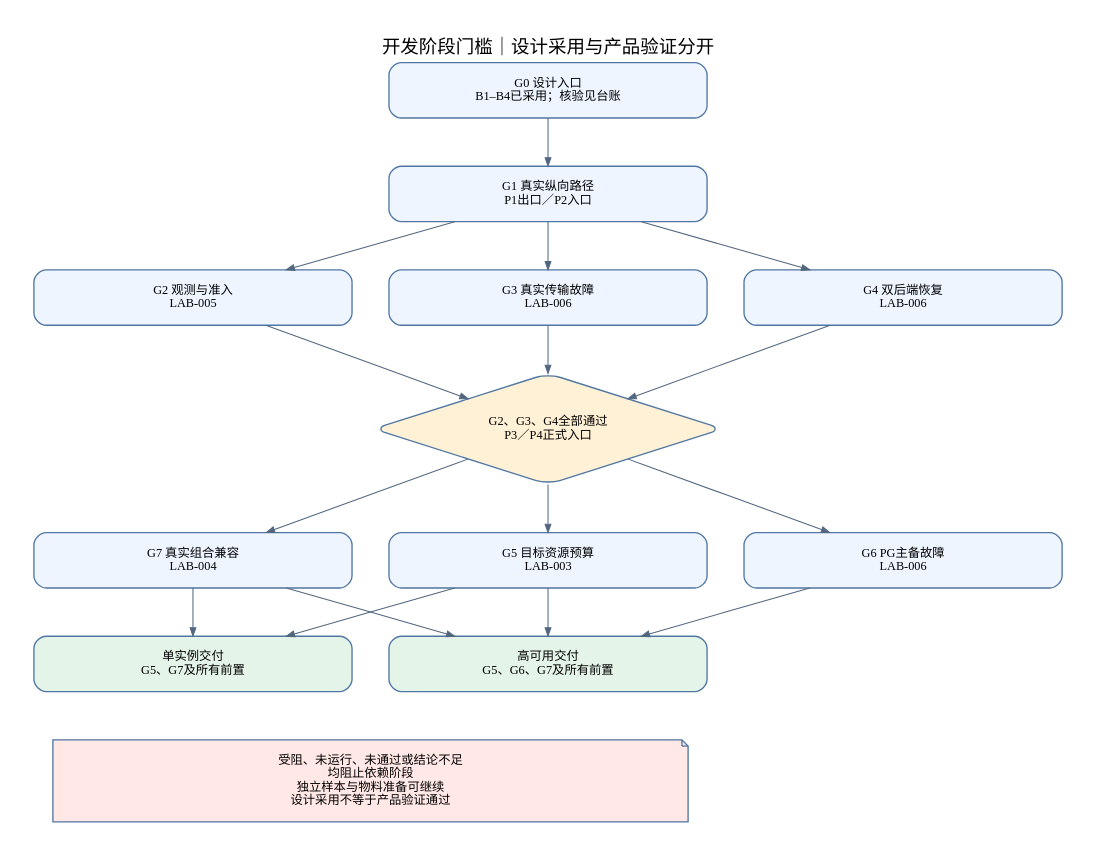
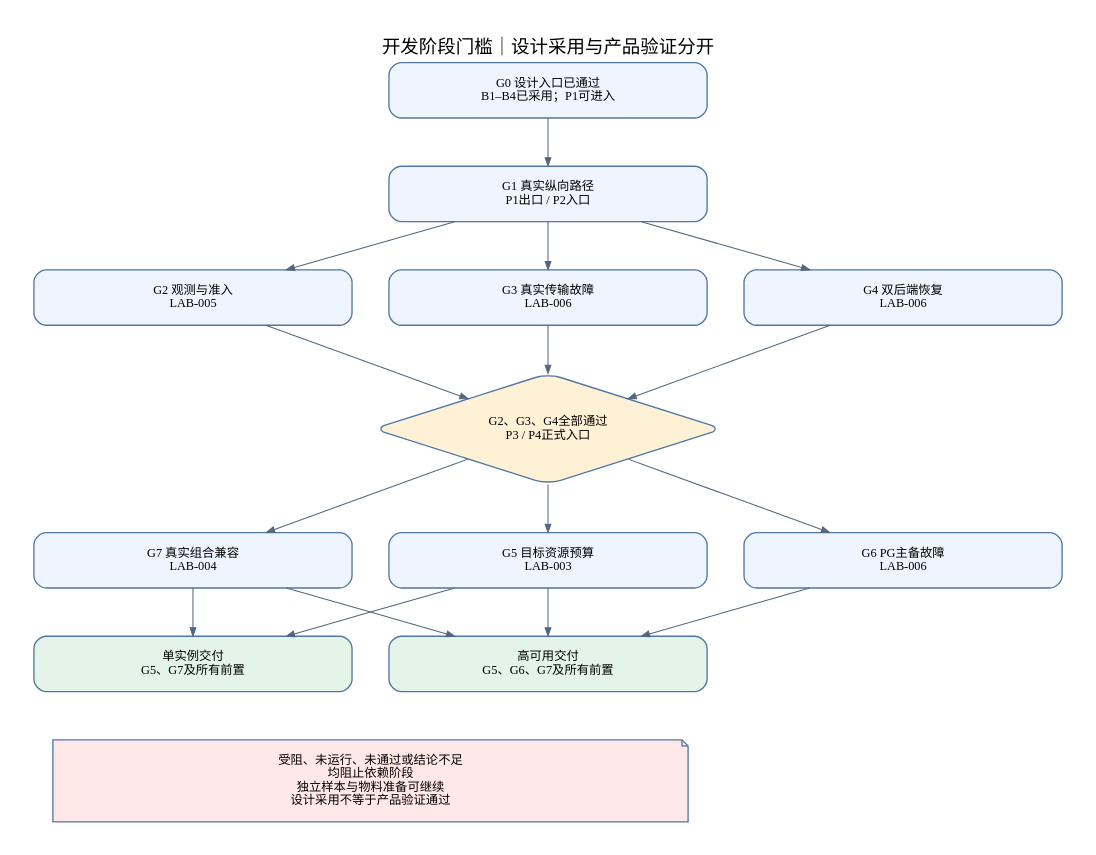
Before and after one commit to wyw-ai/loom-oi: the diagram in docs/architecture/diagrams/v0.7/06-delivery-dependencies.dot, drawn with Graphviz. The commit also changed 20 other files, not shown here.

```diff
--- a/docs/architecture/diagrams/v0.7/06-delivery-dependencies.dot
+++ b/docs/architecture/diagrams/v0.7/06-delivery-dependencies.dot
@@ -1,23 +1,23 @@
 digraph G {
 graph [bgcolor="white",pad="0.35",nodesep="0.5",ranksep="0.65",fontname="Noto Sans SC",fontsize=18,labelloc="t",splines=polyline];
 node [shape=box,style="rounded,filled",fillcolor="#eef5ff",color="#5077a3",fontname="Noto Sans SC",fontsize=12,width=4.3,margin="0.35,0.2",penwidth=1.3];
 edge [color="#52677f",fontname="Noto Sans SC",fontsize=10,arrowsize=0.8];
 rankdir=TB;label="开发阶段门槛｜设计采用与产品验证分开";
- g0[label="G0 设计入口\nB1–B4已采用；核验见台账"];
- g1[label="G1 真实纵向路径\nP1出口／P2入口"];
+ g0[label="G0 设计入口已通过\nB1–B4已采用；P1可进入"];
+ g1[label="G1 真实纵向路径\nP1出口 / P2入口"];
  g2[label="G2 观测与准入\nLAB-005"];
  g3[label="G3 真实传输故障\nLAB-006"];
  g4[label="G4 双后端恢复\nLAB-006"];
- gate[label="G2、G3、G4全部通过\nP3／P4正式入口",shape=diamond,fillcolor="#fff1d6"];
+ gate[label="G2、G3、G4全部通过\nP3 / P4正式入口",shape=diamond,fillcolor="#fff1d6"];
  g5[label="G5 目标资源预算\nLAB-003"];
  g6[label="G6 PG主备故障\nLAB-006"];
  g7[label="G7 真实组合兼容\nLAB-004"];
  single[label="单实例交付\nG5、G7及所有前置",fillcolor="#e4f4e9"];
  ha[label="高可用交付\nG5、G6、G7及所有前置",fillcolor="#e4f4e9"];
  g0->g1;g1->g2;g1->g3;g1->g4;{rank=same;g2;g3;g4;}
  g2->gate;g3->gate;g4->gate;gate->g5;gate->g6;gate->g7;{rank=same;g5;g6;g7;}
  g5->single;g7->single;g5->ha;g6->ha;g7->ha;
  note[label="受阻、未运行、未通过或结论不足\n均阻止依赖阶段\n独立样本与物料准备可继续\n设计采用不等于产品验证通过",width=8.6,shape=note,fillcolor="#ffe8e5"];
  single->note[style=invis];ha->note[style=invis];
 
 }
```
